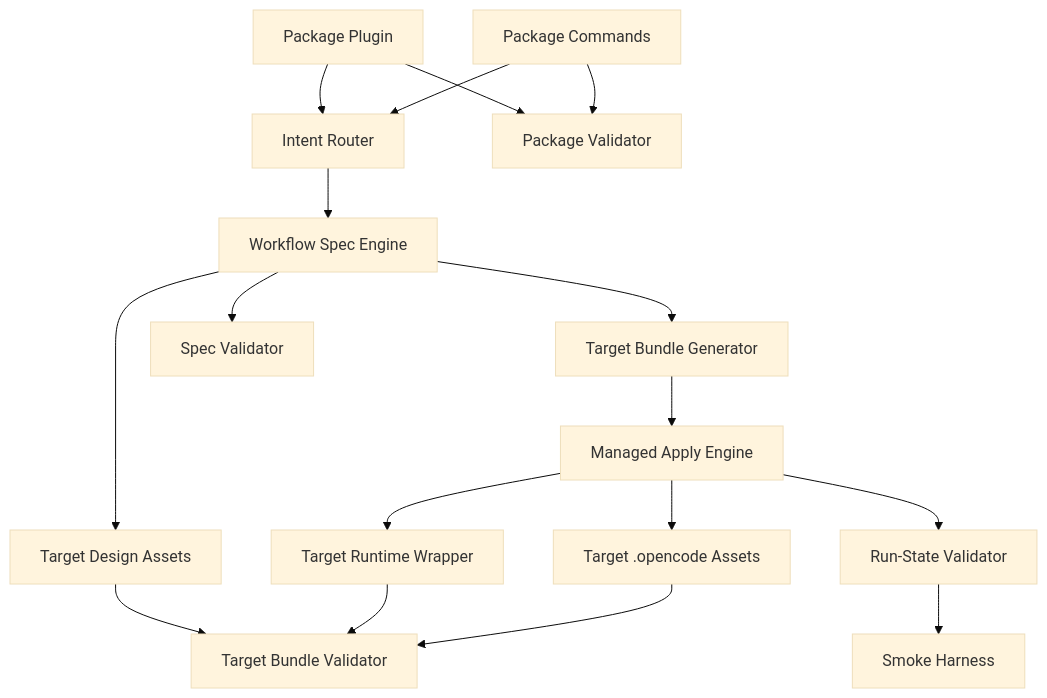
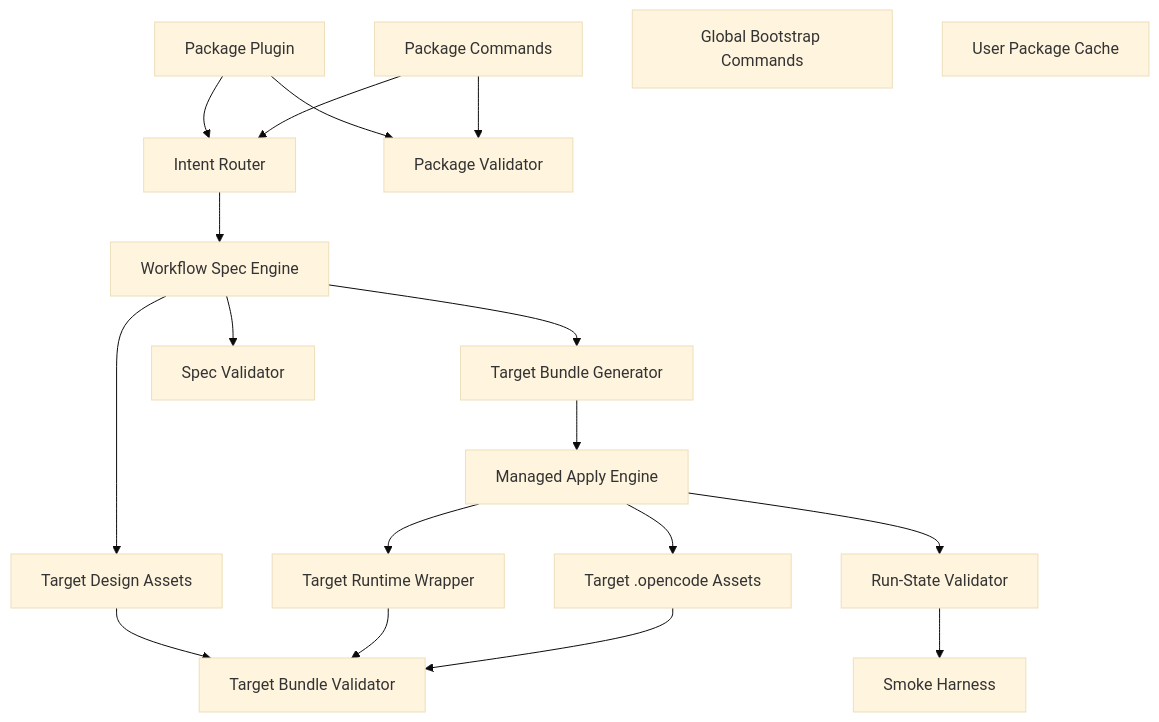
Before and after one commit to Logic70/workflowprogram-opencode: the eighth of 10 diagrams in design/opencode-v2-highlevel-design.md, drawn with Mermaid (base theme). The commit also changed other lines of this file and 17 other files, not shown here.

Commit message:
add global bootstrap installer

````diff
--- a/design/opencode-v2-highlevel-design.md
+++ b/design/opencode-v2-highlevel-design.md
@@ -195,33 +226,35 @@
 ```mermaid
 graph TB
     A1["Package Commands"]
     A2["Package Plugin"]
+    A0["Global Bootstrap Commands"]
+    A3["User Package Cache"]
     B1["Intent Router"]
     B2["Workflow Spec Engine"]
     B3["Target Bundle Generator"]
     B4["Managed Apply Engine"]
     C1["Target .opencode Assets"]
     C2["Target Runtime Wrapper"]
     C3["Target Design Assets"]
     D1["Package Validator"]
     D2["Spec Validator"]
     D3["Target Bundle Validator"]
     D4["Run-State Validator"]
     D5["Smoke Harness"]
     A1 --> B1
     A2 --> B1
     B1 --> B2
     B2 --> B3
     B3 --> B4
     B2 --> C3
     B4 --> C1
     B4 --> C2
     A1 --> D1
     A2 --> D1
     B2 --> D2
     C1 --> D3
     C2 --> D3
     C3 --> D3
     B4 --> D4
     D4 --> D5
 ```
````
